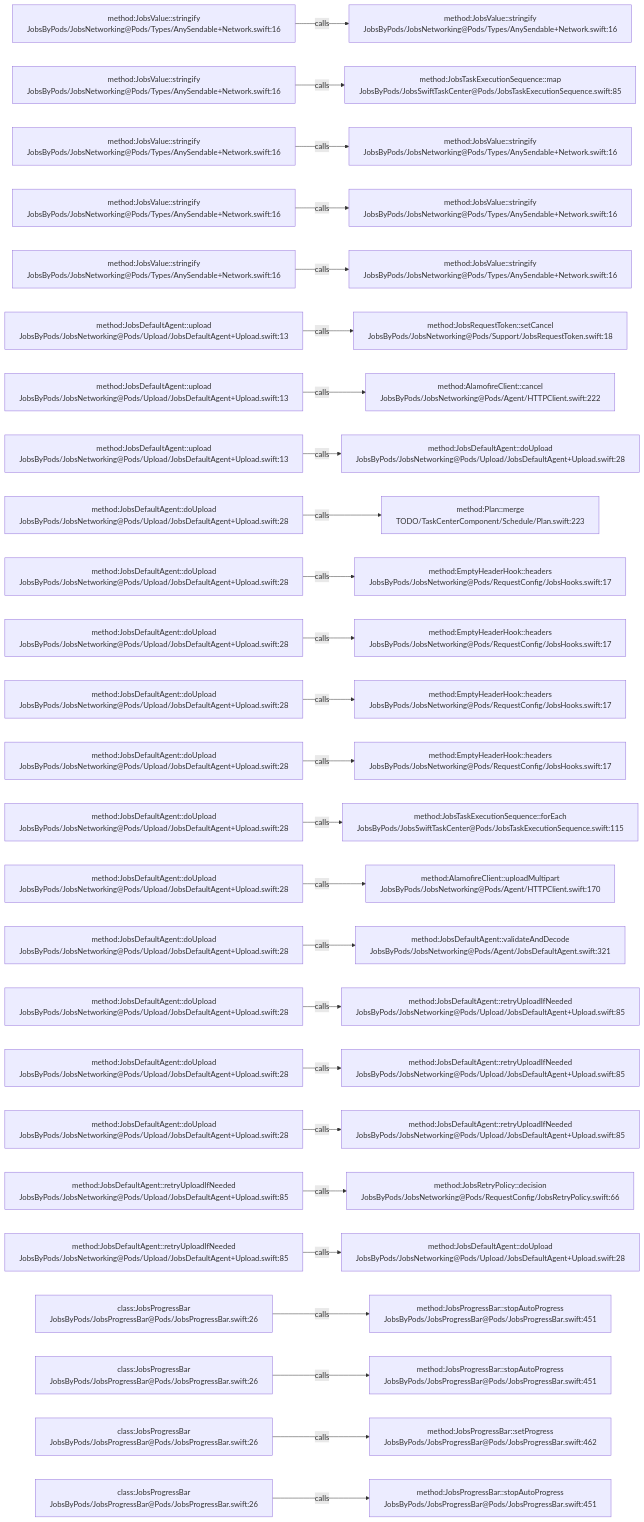
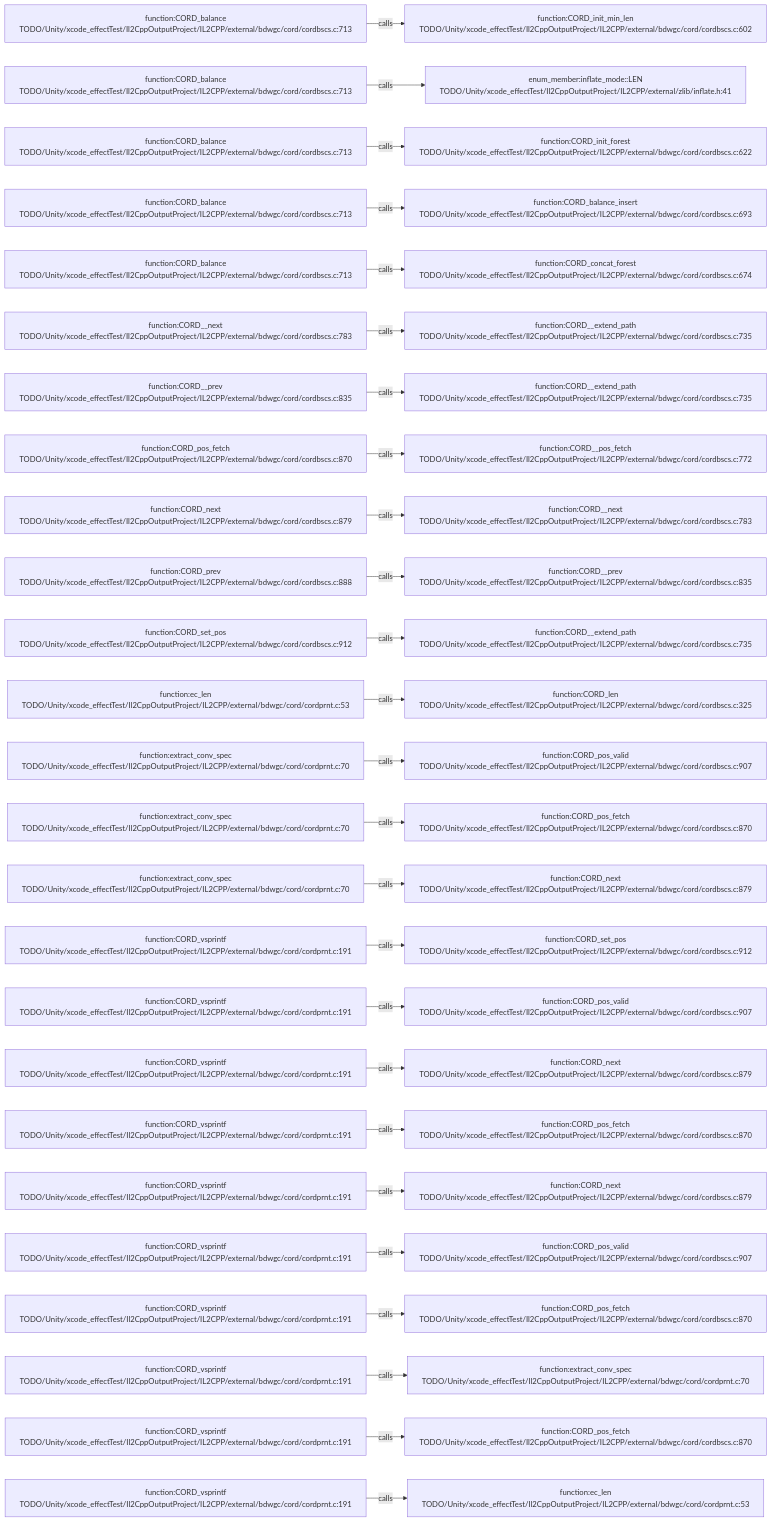
The diagram in .codegraph/codegraph.md/graphs/calls-152.md (JobsKits/JobsSwiftBaseConfigDemo), drawn with Mermaid before and after one commit. The commit also changed 569 other files, not shown here.

````diff
--- a/.codegraph/codegraph.md/graphs/calls-152.md
+++ b/.codegraph/codegraph.md/graphs/calls-152.md
@@ -13,78 +13,78 @@
 ```mermaid
 flowchart LR
-  S1["method:JobsValue::stringify<br/>JobsByPods/JobsNetworking@Pods/Types/AnySendable+Network.swift:16"]
-  T1["method:JobsValue::stringify<br/>JobsByPods/JobsNetworking@Pods/Types/AnySendable+Network.swift:16"]
+  S1["function:CORD_balance<br/>TODO/Unity/xcode_effectTest/Il2CppOutputProject/IL2CPP/external/bdwgc/cord/cordbscs.c:713"]
+  T1["function:CORD_init_min_len<br/>TODO/Unity/xcode_effectTest/Il2CppOutputProject/IL2CPP/external/bdwgc/cord/cordbscs.c:602"]
   S1 -->|calls| T1
-  S2["method:JobsValue::stringify<br/>JobsByPods/JobsNetworking@Pods/Types/AnySendable+Network.swift:16"]
-  T2["method:JobsTaskExecutionSequence::map<br/>JobsByPods/JobsSwiftTaskCenter@Pods/JobsTaskExecutionSequence.swift:85"]
+  S2["function:CORD_balance<br/>TODO/Unity/xcode_effectTest/Il2CppOutputProject/IL2CPP/external/bdwgc/cord/cordbscs.c:713"]
+  T2["enum_member:inflate_mode::LEN<br/>TODO/Unity/xcode_effectTest/Il2CppOutputProject/IL2CPP/external/zlib/inflate.h:41"]
   S2 -->|calls| T2
-  S3["method:JobsValue::stringify<br/>JobsByPods/JobsNetworking@Pods/Types/AnySendable+Network.swift:16"]
-  T3["method:JobsValue::stringify<br/>JobsByPods/JobsNetworking@Pods/Types/AnySendable+Network.swift:16"]
+  S3["function:CORD_balance<br/>TODO/Unity/xcode_effectTest/Il2CppOutputProject/IL2CPP/external/bdwgc/cord/cordbscs.c:713"]
+  T3["function:CORD_init_forest<br/>TODO/Unity/xcode_effectTest/Il2CppOutputProject/IL2CPP/external/bdwgc/cord/cordbscs.c:622"]
   S3 -->|calls| T3
-  S4["method:JobsValue::stringify<br/>JobsByPods/JobsNetworking@Pods/Types/AnySendable+Network.swift:16"]
-  T4["method:JobsValue::stringify<br/>JobsByPods/JobsNetworking@Pods/Types/AnySendable+Network.swift:16"]
+  S4["function:CORD_balance<br/>TODO/Unity/xcode_effectTest/Il2CppOutputProject/IL2CPP/external/bdwgc/cord/cordbscs.c:713"]
+  T4["function:CORD_balance_insert<br/>TODO/Unity/xcode_effectTest/Il2CppOutputProject/IL2CPP/external/bdwgc/cord/cordbscs.c:693"]
   S4 -->|calls| T4
-  S5["method:JobsValue::stringify<br/>JobsByPods/JobsNetworking@Pods/Types/AnySendable+Network.swift:16"]
-  T5["method:JobsValue::stringify<br/>JobsByPods/JobsNetworking@Pods/Types/AnySendable+Network.swift:16"]
+  S5["function:CORD_balance<br/>TODO/Unity/xcode_effectTest/Il2CppOutputProject/IL2CPP/external/bdwgc/cord/cordbscs.c:713"]
+  T5["function:CORD_concat_forest<br/>TODO/Unity/xcode_effectTest/Il2CppOutputProject/IL2CPP/external/bdwgc/cord/cordbscs.c:674"]
   S5 -->|calls| T5
-  S6["method:JobsDefaultAgent::upload<br/>JobsByPods/JobsNetworking@Pods/Upload/JobsDefaultAgent+Upload.swift:13"]
-  T6["method:JobsRequestToken::setCancel<br/>JobsByPods/JobsNetworking@Pods/Support/JobsRequestToken.swift:18"]
+  S6["function:CORD__next<br/>TODO/Unity/xcode_effectTest/Il2CppOutputProject/IL2CPP/external/bdwgc/cord/cordbscs.c:783"]
+  T6["function:CORD__extend_path<br/>TODO/Unity/xcode_effectTest/Il2CppOutputProject/IL2CPP/external/bdwgc/cord/cordbscs.c:735"]
   S6 -->|calls| T6
-  S7["method:JobsDefaultAgent::upload<br/>JobsByPods/JobsNetworking@Pods/Upload/JobsDefaultAgent+Upload.swift:13"]
-  T7["method:AlamofireClient::cancel<br/>JobsByPods/JobsNetworking@Pods/Agent/HTTPClient.swift:222"]
+  S7["function:CORD__prev<br/>TODO/Unity/xcode_effectTest/Il2CppOutputProject/IL2CPP/external/bdwgc/cord/cordbscs.c:835"]
+  T7["function:CORD__extend_path<br/>TODO/Unity/xcode_effectTest/Il2CppOutputProject/IL2CPP/external/bdwgc/cord/cordbscs.c:735"]
   S7 -->|calls| T7
-  S8["method:JobsDefaultAgent::upload<br/>JobsByPods/JobsNetworking@Pods/Upload/JobsDefaultAgent+Upload.swift:13"]
-  T8["method:JobsDefaultAgent::doUpload<br/>JobsByPods/JobsNetworking@Pods/Upload/JobsDefaultAgent+Upload.swift:28"]
+  S8["function:CORD_pos_fetch<br/>TODO/Unity/xcode_effectTest/Il2CppOutputProject/IL2CPP/external/bdwgc/cord/cordbscs.c:870"]
+  T8["function:CORD__pos_fetch<br/>TODO/Unity/xcode_effectTest/Il2CppOutputProject/IL2CPP/external/bdwgc/cord/cordbscs.c:772"]
   S8 -->|calls| T8
-  S9["method:JobsDefaultAgent::doUpload<br/>JobsByPods/JobsNetworking@Pods/Upload/JobsDefaultAgent+Upload.swift:28"]
-  T9["method:Plan::merge<br/>TODO/TaskCenterComponent/Schedule/Plan.swift:223"]
+  S9["function:CORD_next<br/>TODO/Unity/xcode_effectTest/Il2CppOutputProject/IL2CPP/external/bdwgc/cord/cordbscs.c:879"]
+  T9["function:CORD__next<br/>TODO/Unity/xcode_effectTest/Il2CppOutputProject/IL2CPP/external/bdwgc/cord/cordbscs.c:783"]
   S9 -->|calls| T9
-  S10["method:JobsDefaultAgent::doUpload<br/>JobsByPods/JobsNetworking@Pods/Upload/JobsDefaultAgent+Upload.swift:28"]
-  T10["method:EmptyHeaderHook::headers<br/>JobsByPods/JobsNetworking@Pods/RequestConfig/JobsHooks.swift:17"]
+  S10["function:CORD_prev<br/>TODO/Unity/xcode_effectTest/Il2CppOutputProject/IL2CPP/external/bdwgc/cord/cordbscs.c:888"]
+  T10["function:CORD__prev<br/>TODO/Unity/xcode_effectTest/Il2CppOutputProject/IL2CPP/external/bdwgc/cord/cordbscs.c:835"]
   S10 -->|calls| T10
-  S11["method:JobsDefaultAgent::doUpload<br/>JobsByPods/JobsNetworking@Pods/Upload/JobsDefaultAgent+Upload.swift:28"]
-  T11["method:EmptyHeaderHook::headers<br/>JobsByPods/JobsNetworking@Pods/RequestConfig/JobsHooks.swift:17"]
+  S11["function:CORD_set_pos<br/>TODO/Unity/xcode_effectTest/Il2CppOutputProject/IL2CPP/external/bdwgc/cord/cordbscs.c:912"]
+  T11["function:CORD__extend_path<br/>TODO/Unity/xcode_effectTest/Il2CppOutputProject/IL2CPP/external/bdwgc/cord/cordbscs.c:735"]
   S11 -->|calls| T11
-  S12["method:JobsDefaultAgent::doUpload<br/>JobsByPods/JobsNetworking@Pods/Upload/JobsDefaultAgent+Upload.swift:28"]
-  T12["method:EmptyHeaderHook::headers<br/>JobsByPods/JobsNetworking@Pods/RequestConfig/JobsHooks.swift:17"]
+  S12["function:ec_len<br/>TODO/Unity/xcode_effectTest/Il2CppOutputProject/IL2CPP/external/bdwgc/cord/cordprnt.c:53"]
+  T12["function:CORD_len<br/>TODO/Unity/xcode_effectTest/Il2CppOutputProject/IL2CPP/external/bdwgc/cord/cordbscs.c:325"]
   S12 -->|calls| T12
-  S13["method:JobsDefaultAgent::doUpload<br/>JobsByPods/JobsNetworking@Pods/Upload/JobsDefaultAgent+Upload.swift:28"]
-  T13["method:EmptyHeaderHook::headers<br/>JobsByPods/JobsNetworking@Pods/RequestConfig/JobsHooks.swift:17"]
+  S13["function:extract_conv_spec<br/>TODO/Unity/xcode_effectTest/Il2CppOutputProject/IL2CPP/external/bdwgc/cord/cordprnt.c:70"]
+  T13["function:CORD_pos_valid<br/>TODO/Unity/xcode_effectTest/Il2CppOutputProject/IL2CPP/external/bdwgc/cord/cordbscs.c:907"]
   S13 -->|calls| T13
-  S14["method:JobsDefaultAgent::doUpload<br/>JobsByPods/JobsNetworking@Pods/Upload/JobsDefaultAgent+Upload.swift:28"]
-  T14["method:JobsTaskExecutionSequence::forEach<br/>JobsByPods/JobsSwiftTaskCenter@Pods/JobsTaskExecutionSequence.swift:115"]
+  S14["function:extract_conv_spec<br/>TODO/Unity/xcode_effectTest/Il2CppOutputProject/IL2CPP/external/bdwgc/cord/cordprnt.c:70"]
+  T14["function:CORD_pos_fetch<br/>TODO/Unity/xcode_effectTest/Il2CppOutputProject/IL2CPP/external/bdwgc/cord/cordbscs.c:870"]
   S14 -->|calls| T14
-  S15["method:JobsDefaultAgent::doUpload<br/>JobsByPods/JobsNetworking@Pods/Upload/JobsDefaultAgent+Upload.swift:28"]
-  T15["method:AlamofireClient::uploadMultipart<br/>JobsByPods/JobsNetworking@Pods/Agent/HTTPClient.swift:170"]
+  S15["function:extract_conv_spec<br/>TODO/Unity/xcode_effectTest/Il2CppOutputProject/IL2CPP/external/bdwgc/cord/cordprnt.c:70"]
+  T15["function:CORD_next<br/>TODO/Unity/xcode_effectTest/Il2CppOutputProject/IL2CPP/external/bdwgc/cord/cordbscs.c:879"]
   S15 -->|calls| T15
-  S16["method:JobsDefaultAgent::doUpload<br/>JobsByPods/JobsNetworking@Pods/Upload/JobsDefaultAgent+Upload.swift:28"]
-  T16["method:JobsDefaultAgent::validateAndDecode<br/>JobsByPods/JobsNetworking@Pods/Agent/JobsDefaultAgent.swift:321"]
+  S16["function:CORD_vsprintf<br/>TODO/Unity/xcode_effectTest/Il2CppOutputProject/IL2CPP/external/bdwgc/cord/cordprnt.c:191"]
+  T16["function:CORD_set_pos<br/>TODO/Unity/xcode_effectTest/Il2CppOutputProject/IL2CPP/external/bdwgc/cord/cordbscs.c:912"]
   S16 -->|calls| T16
-  S17["method:JobsDefaultAgent::doUpload<br/>JobsByPods/JobsNetworking@Pods/Upload/JobsDefaultAgent+Upload.swift:28"]
-  T17["method:JobsDefaultAgent::retryUploadIfNeeded<br/>JobsByPods/JobsNetworking@Pods/Upload/JobsDefaultAgent+Upload.swift:85"]
+  S17["function:CORD_vsprintf<br/>TODO/Unity/xcode_effectTest/Il2CppOutputProject/IL2CPP/external/bdwgc/cord/cordprnt.c:191"]
+  T17["function:CORD_pos_valid<br/>TODO/Unity/xcode_effectTest/Il2CppOutputProject/IL2CPP/external/bdwgc/cord/cordbscs.c:907"]
   S17 -->|calls| T17
-  S18["method:JobsDefaultAgent::doUpload<br/>JobsByPods/JobsNetworking@Pods/Upload/JobsDefaultAgent+Upload.swift:28"]
-  T18["method:JobsDefaultAgent::retryUploadIfNeeded<br/>JobsByPods/JobsNetworking@Pods/Upload/JobsDefaultAgent+Upload.swift:85"]
+  S18["function:CORD_vsprintf<br/>TODO/Unity/xcode_effectTest/Il2CppOutputProject/IL2CPP/external/bdwgc/cord/cordprnt.c:191"]
+  T18["function:CORD_next<br/>TODO/Unity/xcode_effectTest/Il2CppOutputProject/IL2CPP/external/bdwgc/cord/cordbscs.c:879"]
   S18 -->|calls| T18
-  S19["method:JobsDefaultAgent::doUpload<br/>JobsByPods/JobsNetworking@Pods/Upload/JobsDefaultAgent+Upload.swift:28"]
-  T19["method:JobsDefaultAgent::retryUploadIfNeeded<br/>JobsByPods/JobsNetworking@Pods/Upload/JobsDefaultAgent+Upload.swift:85"]
+  S19["function:CORD_vsprintf<br/>TODO/Unity/xcode_effectTest/Il2CppOutputProject/IL2CPP/external/bdwgc/cord/cordprnt.c:191"]
+  T19["function:CORD_pos_fetch<br/>TODO/Unity/xcode_effectTest/Il2CppOutputProject/IL2CPP/external/bdwgc/cord/cordbscs.c:870"]
   S19 -->|calls| T19
-  S20["method:JobsDefaultAgent::retryUploadIfNeeded<br/>JobsByPods/JobsNetworking@Pods/Upload/JobsDefaultAgent+Upload.swift:85"]
-  T20["method:JobsRetryPolicy::decision<br/>JobsByPods/JobsNetworking@Pods/RequestConfig/JobsRetryPolicy.swift:66"]
+  S20["function:CORD_vsprintf<br/>TODO/Unity/xcode_effectTest/Il2CppOutputProject/IL2CPP/external/bdwgc/cord/cordprnt.c:191"]
+  T20["function:CORD_next<br/>TODO/Unity/xcode_effectTest/Il2CppOutputProject/IL2CPP/external/bdwgc/cord/cordbscs.c:879"]
   S20 -->|calls| T20
-  S21["method:JobsDefaultAgent::retryUploadIfNeeded<br/>JobsByPods/JobsNetworking@Pods/Upload/JobsDefaultAgent+Upload.swift:85"]
-  T21["method:JobsDefaultAgent::doUpload<br/>JobsByPods/JobsNetworking@Pods/Upload/JobsDefaultAgent+Upload.swift:28"]
+  S21["function:CORD_vsprintf<br/>TODO/Unity/xcode_effectTest/Il2CppOutputProject/IL2CPP/external/bdwgc/cord/cordprnt.c:191"]
+  T21["function:CORD_pos_valid<br/>TODO/Unity/xcode_effectTest/Il2CppOutputProject/IL2CPP/external/bdwgc/cord/cordbscs.c:907"]
   S21 -->|calls| T21
-  S22["class:JobsProgressBar<br/>JobsByPods/JobsProgressBar@Pods/JobsProgressBar.swift:26"]
-  T22["method:JobsProgressBar::stopAutoProgress<br/>JobsByPods/JobsProgressBar@Pods/JobsProgressBar.swift:451"]
+  S22["function:CORD_vsprintf<br/>TODO/Unity/xcode_effectTest/Il2CppOutputProject/IL2CPP/external/bdwgc/cord/cordprnt.c:191"]
+  T22["function:CORD_pos_fetch<br/>TODO/Unity/xcode_effectTest/Il2CppOutputProject/IL2CPP/external/bdwgc/cord/cordbscs.c:870"]
   S22 -->|calls| T22
-  S23["class:JobsProgressBar<br/>JobsByPods/JobsProgressBar@Pods/JobsProgressBar.swift:26"]
-  T23["method:JobsProgressBar::stopAutoProgress<br/>JobsByPods/JobsProgressBar@Pods/JobsProgressBar.swift:451"]
+  S23["function:CORD_vsprintf<br/>TODO/Unity/xcode_effectTest/Il2CppOutputProject/IL2CPP/external/bdwgc/cord/cordprnt.c:191"]
+  T23["function:extract_conv_spec<br/>TODO/Unity/xcode_effectTest/Il2CppOutputProject/IL2CPP/external/bdwgc/cord/cordprnt.c:70"]
   S23 -->|calls| T23
-  S24["class:JobsProgressBar<br/>JobsByPods/JobsProgressBar@Pods/JobsProgressBar.swift:26"]
-  T24["method:JobsProgressBar::setProgress<br/>JobsByPods/JobsProgressBar@Pods/JobsProgressBar.swift:462"]
+  S24["function:CORD_vsprintf<br/>TODO/Unity/xcode_effectTest/Il2CppOutputProject/IL2CPP/external/bdwgc/cord/cordprnt.c:191"]
+  T24["function:CORD_pos_fetch<br/>TODO/Unity/xcode_effectTest/Il2CppOutputProject/IL2CPP/external/bdwgc/cord/cordbscs.c:870"]
   S24 -->|calls| T24
-  S25["class:JobsProgressBar<br/>JobsByPods/JobsProgressBar@Pods/JobsProgressBar.swift:26"]
-  T25["method:JobsProgressBar::stopAutoProgress<br/>JobsByPods/JobsProgressBar@Pods/JobsProgressBar.swift:451"]
+  S25["function:CORD_vsprintf<br/>TODO/Unity/xcode_effectTest/Il2CppOutputProject/IL2CPP/external/bdwgc/cord/cordprnt.c:191"]
+  T25["function:ec_len<br/>TODO/Unity/xcode_effectTest/Il2CppOutputProject/IL2CPP/external/bdwgc/cord/cordprnt.c:53"]
   S25 -->|calls| T25
 ```
````
